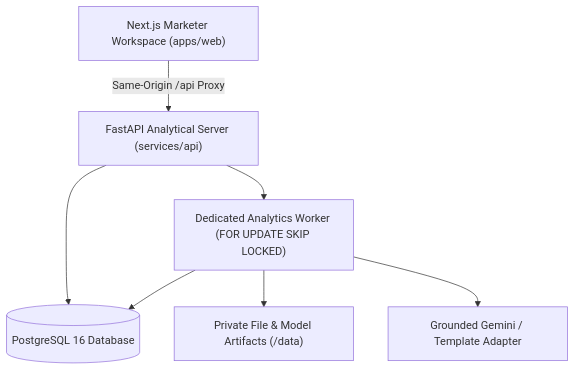
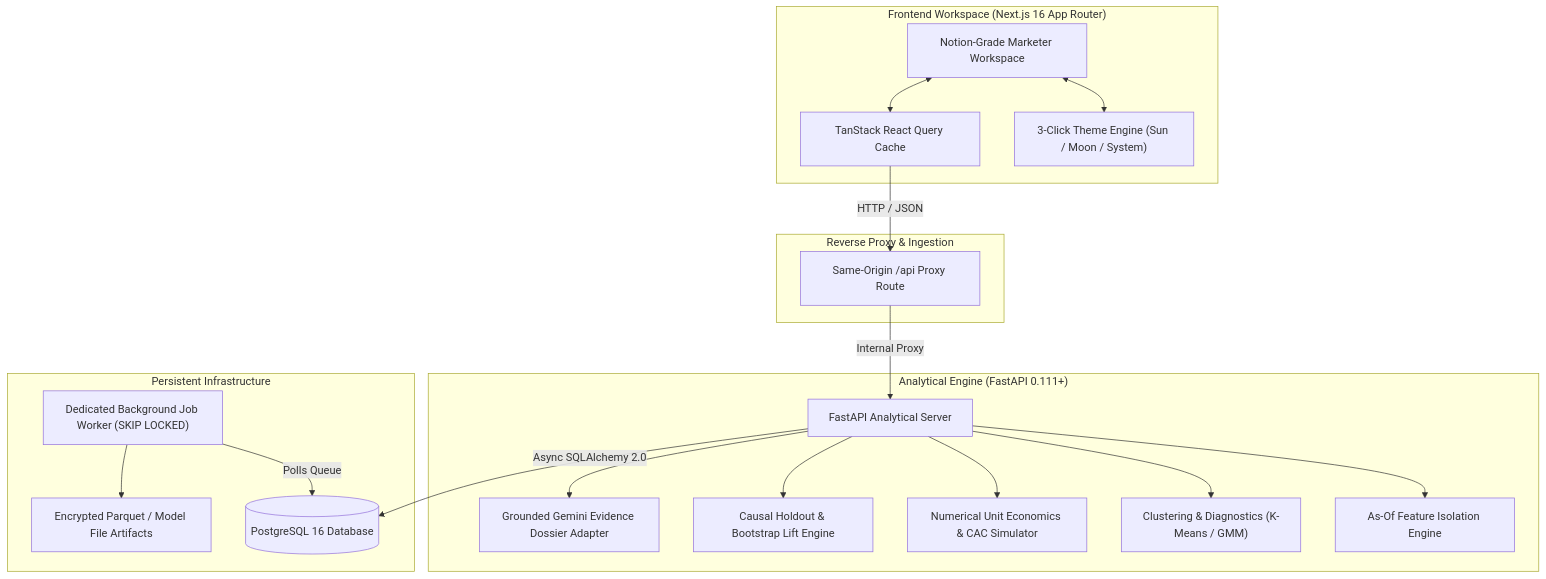
One commit to shivam-core/persona.studio changed the diagram in README.md. Above: the diagram before and after it, drawn with Mermaid. The commit also changed other lines of this file and 44 other files, not shown here.

First line of the commit message:
feat: complete Persona Studio platform with Notion design system, CAC simulator, and causal experimentation

````diff
--- a/README.md
+++ b/README.md
@@ -58,9 +38,41 @@
 ```mermaid
 flowchart TD
-    UI["Next.js Marketer Workspace (apps/web)"] -->|Same-Origin /api Proxy| API["FastAPI Analytical Server (services/api)"]
-    API --> DB[(PostgreSQL 16 Database)]
-    API --> WORKER["Dedicated Analytics Worker (FOR UPDATE SKIP LOCKED)"]
-    WORKER --> DB
-    WORKER --> STORE["Private File & Model Artifacts (/data)"]
-    WORKER --> LLM["Grounded Gemini / Template Adapter"]
+    subgraph Client ["Frontend Workspace (Next.js 16 App Router)"]
+        UI["Notion-Grade Marketer Workspace"]
+        THEME["3-Click Theme Engine (Sun / Moon / System)"]
+        STORE["TanStack React Query Cache"]
+        UI <--> THEME
+        UI <--> STORE
+    end
+
+    subgraph Gateway ["Reverse Proxy & Ingestion"]
+        PROXY["Same-Origin /api Proxy Route"]
+    end
+
+    subgraph Backend ["Analytical Engine (FastAPI 0.111+)"]
+        API["FastAPI Analytical Server"]
+        FEAT["As-Of Feature Isolation Engine"]
+        CLUST["Clustering & Diagnostics (K-Means / GMM)"]
+        SIM["Numerical Unit Economics & CAC Simulator"]
+        EXP["Causal Holdout & Bootstrap Lift Engine"]
+        LLM["Grounded Gemini Evidence Dossier Adapter"]
+        
+        API --> FEAT
+        API --> CLUST
+        API --> SIM
+        API --> EXP
+        API --> LLM
+    end
+
+    subgraph Storage ["Persistent Infrastructure"]
+        DB[(PostgreSQL 16 Database)]
+        BLOB["Encrypted Parquet / Model File Artifacts"]
+        WORKER["Dedicated Background Job Worker (SKIP LOCKED)"]
+    end
+
+    STORE -->|HTTP / JSON| PROXY
+    PROXY -->|Internal Proxy| API
+    API -->|Async SQLAlchemy 2.0| DB
+    WORKER -->|Polls Queue| DB
+    WORKER --> BLOB
 ```
````
